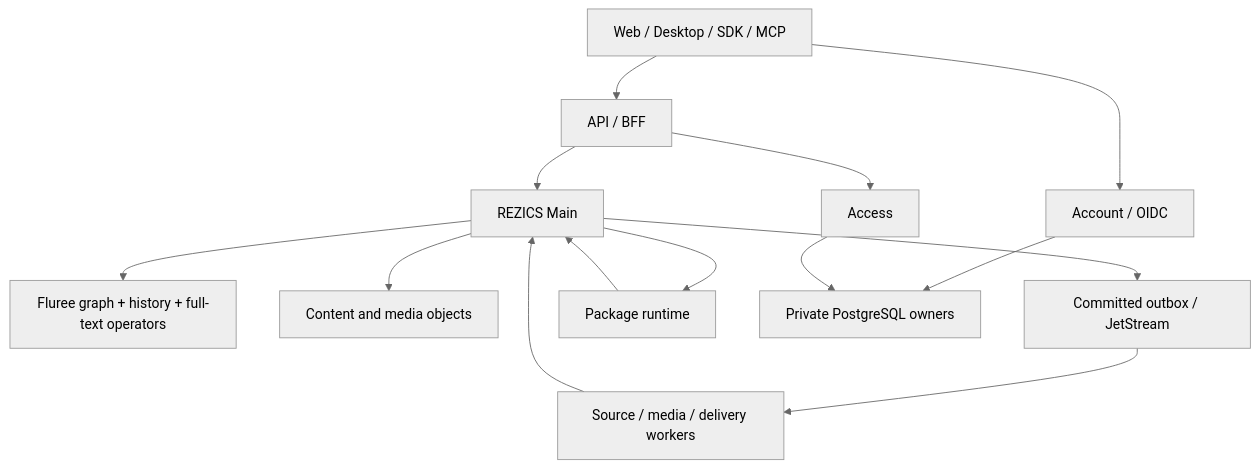
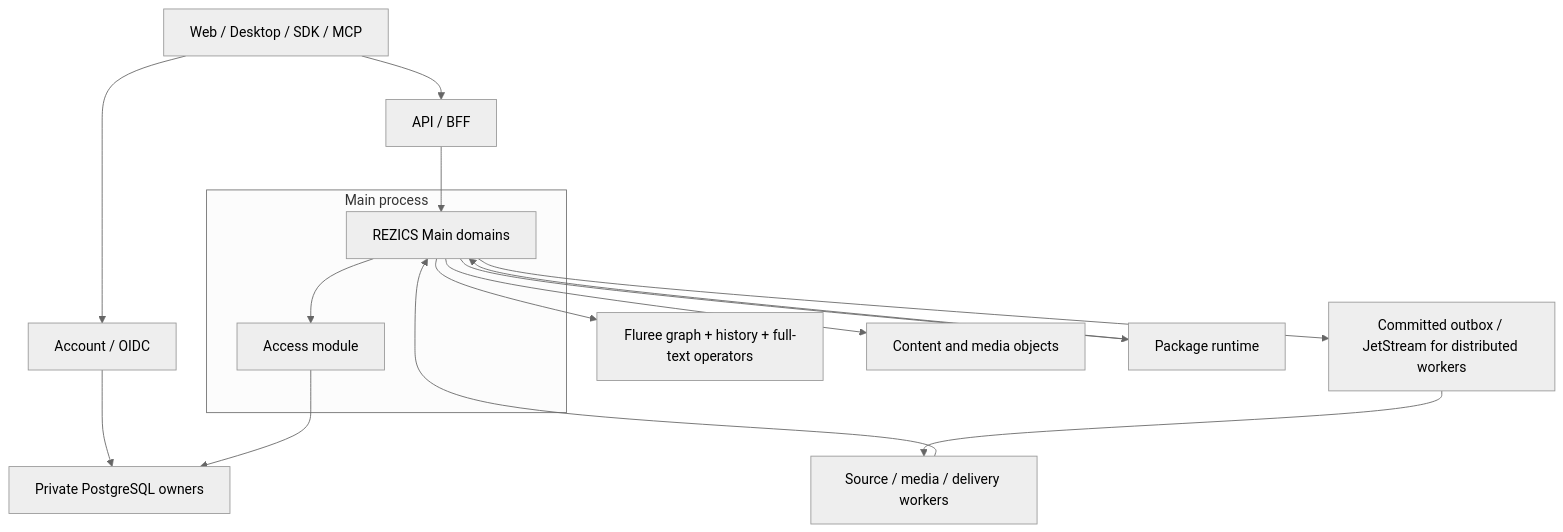
The diagram in docs/architecture/overview.md (rezics/rezics-next), drawn with Mermaid (neutral theme) before and after one commit. The commit also changed other lines of this file and 16 other files, not shown here.

First line of the commit message:
docs: place Access in Main and record interaction research

````diff
--- a/docs/architecture/overview.md
+++ b/docs/architecture/overview.md
@@ -23,16 +23,18 @@
 ```mermaid
 flowchart TD
   Client[Web / Desktop / SDK / MCP] --> API[API / BFF]
   Client --> Account[Account / OIDC]
-  API --> Access[Access]
-  API --> Main[REZICS Main]
+  API --> Main
+  subgraph MainProcess[Main process]
+    Main[REZICS Main domains] --> Access[Access module]
+  end
   Main --> Fluree[Fluree graph + history + full-text operators]
   Main --> Objects[Content and media objects]
-  Main --> Events[Committed outbox / JetStream]
+  Main --> Events[Committed outbox / JetStream for distributed workers]
   Events --> Workers[Source / media / delivery workers]
   Workers --> Main
   Main --> Packages[Package runtime]
   Packages --> Main
   Account --> Private[Private PostgreSQL owners]
   Access --> Private
 ```
````
